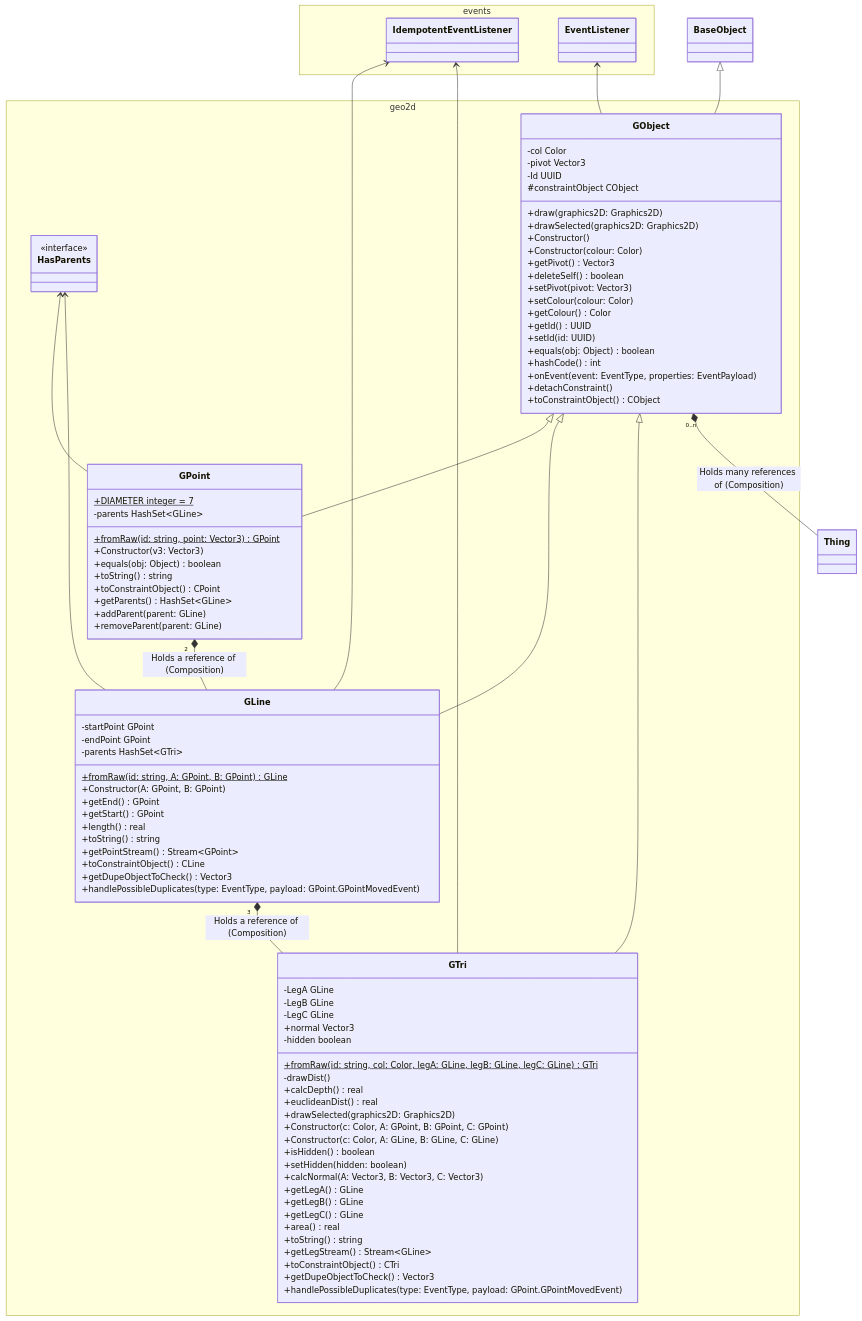
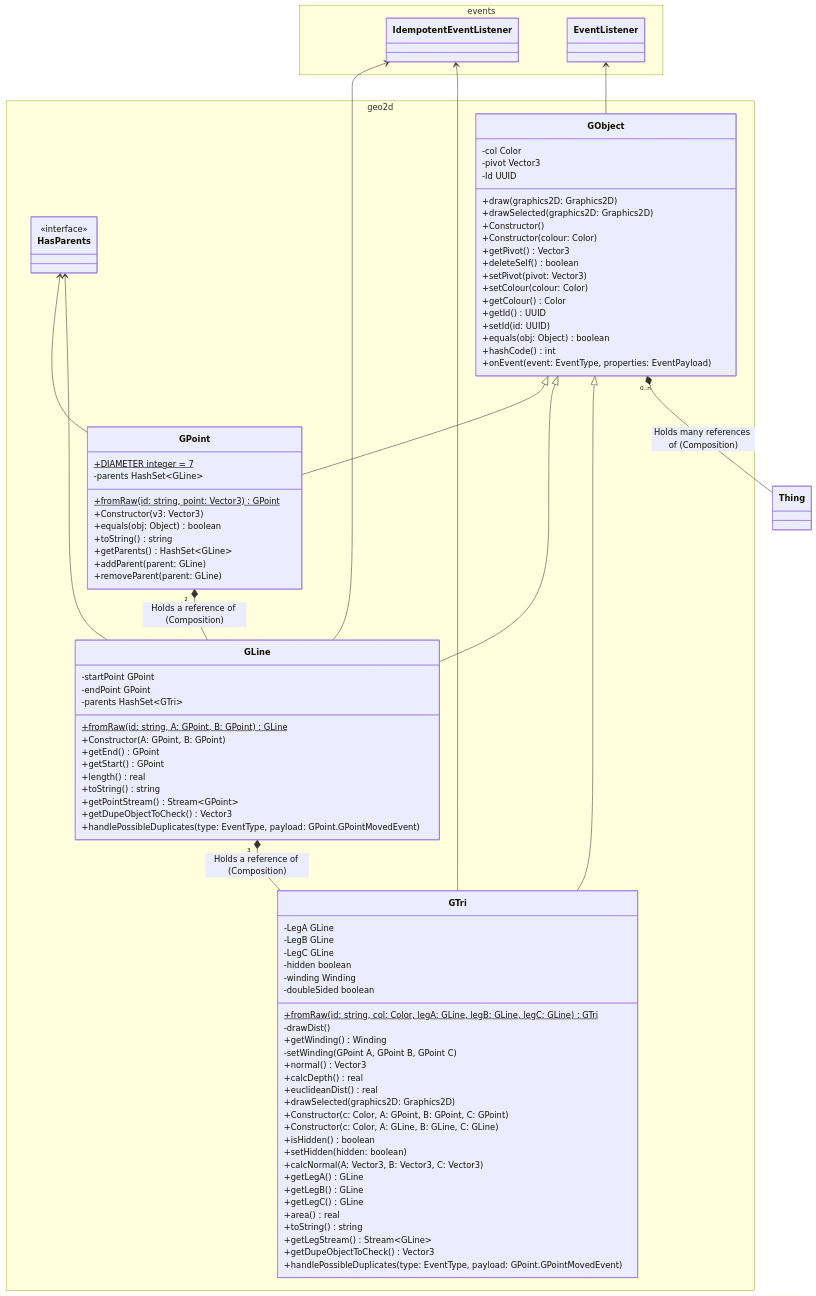
One commit to yetnt/j3engine changed the diagram in documents/diagrams/geometryA.mermaid. Above: the diagram before and after it, drawn with Mermaid. The commit also changed 26 other files, not shown here.

```diff
--- a/documents/diagrams/geometryA.mermaid
+++ b/documents/diagrams/geometryA.mermaid
@@ -1,122 +1,119 @@
 
 classDiagram
 
     direction BT
 
     namespace geo2d {
     class HasParents {
     <<interface>>
     }
 
     class GObject {
     -col Color
     -pivot Vector3
     -Id UUID
-    #constraintObject CObject
     +draw(graphics2D: Graphics2D)
     +drawSelected(graphics2D: Graphics2D)
     +Constructor()
     +Constructor(colour: Color)
     +getPivot() Vector3
     +deleteSelf() boolean
     +setPivot(pivot: Vector3)
     +setColour(colour: Color)
     +getColour() Color
     +getId() UUID
     +setId(id: UUID)
     +equals(obj: Object) boolean
     +hashCode() int
     +onEvent(event: EventType, properties: EventPayload)
-    +detachConstraint()
-    +toConstraintObject() CObject
     }
 
     class GPoint {
     +DIAMETER integer = 7$
     -parents HashSet~GLine~
     +fromRaw(id: string, point: Vector3)$ GPoint
     +Constructor(v3: Vector3)
     +equals(obj: Object) boolean
     +toString() string
-    +toConstraintObject() CPoint
     +getParents() HashSet~GLine~
     +addParent(parent: GLine)
     +removeParent(parent: GLine)
     }
 
     class GLine {
     -startPoint GPoint
     -endPoint GPoint
     -parents HashSet~GTri~
     +fromRaw(id: string, A: GPoint, B: GPoint)$ GLine
     +Constructor(A: GPoint, B: GPoint)
     +getEnd() GPoint
     +getStart() GPoint
     +length() real
     +toString() string
     +getPointStream() Stream~GPoint~
-    +toConstraintObject() CLine
     +getDupeObjectToCheck() Vector3
     +handlePossibleDuplicates(type: EventType, payload: GPoint.GPointMovedEvent)
     }
 
     class GTri {
     -LegA GLine
     -LegB GLine
     -LegC GLine
-    +normal Vector3
     -hidden boolean
     +fromRaw(id: string, col: Color, legA: GLine, legB: GLine, legC: GLine)$ GTri
     -drawDist()
+    -winding Winding
+    -doubleSided boolean
+    +getWinding() Winding
+    -setWinding(GPoint A, GPoint B, GPoint C)
+    +normal() Vector3
     +calcDepth() real
     +euclideanDist() real
     +drawSelected(graphics2D: Graphics2D)
     +Constructor(c: Color, A: GPoint, B: GPoint, C: GPoint)
     +Constructor(c: Color, A: GLine, B: GLine, C: GLine)
     +isHidden() boolean
     +setHidden(hidden: boolean)
     +calcNormal(A: Vector3, B: Vector3, C: Vector3)
     +getLegA() GLine
     +getLegB() GLine
     +getLegC() GLine
     +area() real
     +toString() string
     +getLegStream() Stream~GLine~
-    +toConstraintObject() CTri
     +getDupeObjectToCheck() Vector3
     +handlePossibleDuplicates(type: EventType, payload: GPoint.GPointMovedEvent)
     }
         }
 
     namespace events {
     class IdempotentEventListener
     class EventListener
     }
 
 
     %%    note for EventListener "Can be registered to listen to an event from some object implementing EventListenerInterface"
     %%
     %%    note for IdempotentEventListener "An EventListener with the goal to run once by checking if a value was already changed"
     %%
     %%    note for Interactable "Any first user-tangible object. This can participate with the layer tree and has other special properties."
     %%
     %%    note for BaseObject "Provides the base properties that a core abstract geometry class requires"
     %%
     %%    note for HasParents "An interface for keeping track of the 'parent' this node is attached to."
 
     GPoint --|> GObject
     GLine --|> GObject
     GTri --|> GObject
 
     GObject --> EventListener
-    GObject --|> BaseObject
 
     GPoint --> HasParents
     GLine --> HasParents
     GLine --> IdempotentEventListener
     GTri --> IdempotentEventListener
 
     GLine --* "2" GPoint : Holds a reference of (Composition)
     GTri --* "3" GLine : Holds a reference of (Composition)
 
     Thing --* "0..n" GObject : Holds many references of (Composition)
```
